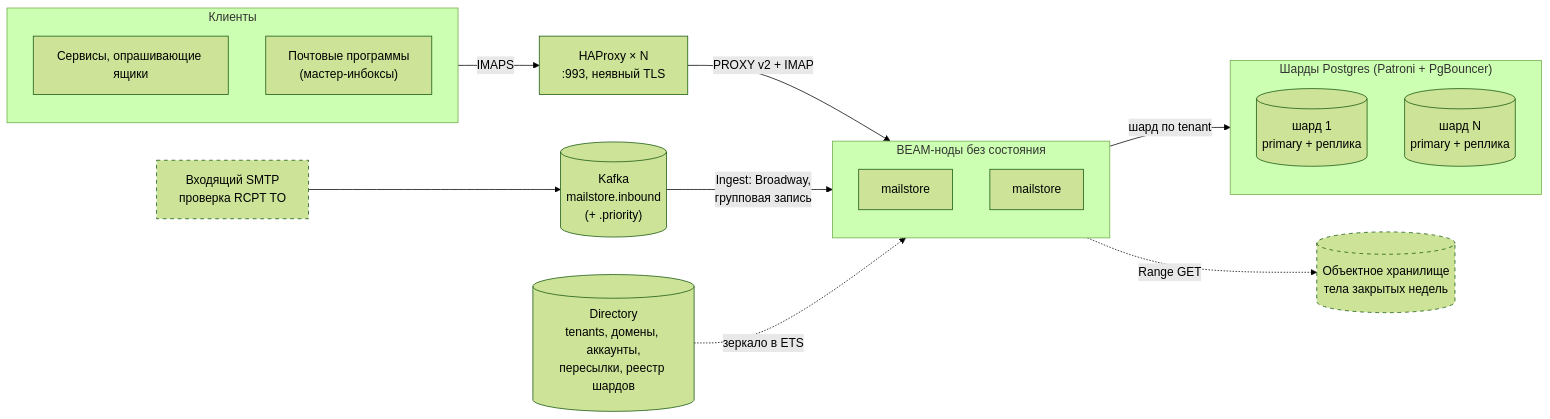
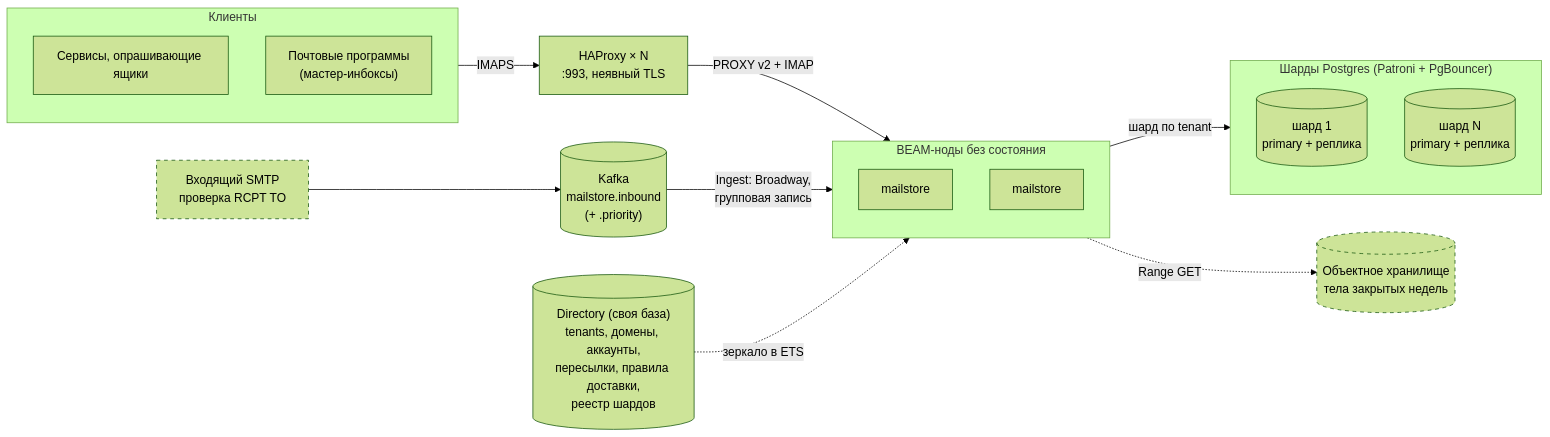
The first of 8 diagrams in docs/architecture.md (ichi404gh/mailstore), drawn with Mermaid (forest theme) before and after one commit. The commit also changed other lines of this file and 2 other files, not shown here.

First line of the commit message:
Bring the architecture diagrams up to date with shards

````diff
--- a/docs/architecture.md
+++ b/docs/architecture.md
@@ -17,36 +18,36 @@
 ```mermaid
 flowchart LR
   subgraph clients["Клиенты"]
     poll["Сервисы, опрашивающие ящики"]
     mua["Почтовые программы<br/>(мастер-инбоксы)"]
   end
 
   smtp["Входящий SMTP<br/>проверка RCPT TO"]:::planned
   queue[("Kafka<br/>mailstore.inbound<br/>(+ .priority)")]
 
   hap["HAProxy × N<br/>:993, неявный TLS"]
 
   subgraph compute["BEAM-ноды без состояния"]
     n1["mailstore"]
     n2["mailstore"]
   end
 
-  dir[("Directory<br/>tenants, домены, аккаунты,<br/>пересылки, реестр шардов")]
+  dir[("Directory (своя база)<br/>tenants, домены, аккаунты,<br/>пересылки, правила доставки,<br/>реестр шардов")]
 
   subgraph storage["Шарды Postgres (Patroni + PgBouncer)"]
     s1[("шард 1<br/>primary + реплика")]
     s2[("шард N<br/>primary + реплика")]
   end
 
   obj[("Объектное хранилище<br/>тела закрытых недель")]:::planned
 
   clients -->|IMAPS| hap
   hap -->|"PROXY v2 + IMAP"| compute
   smtp --> queue
   queue -->|"Ingest: Broadway,<br/>групповая запись"| compute
   dir -.->|"зеркало в ETS"| compute
   compute -->|"шард по tenant"| storage
   compute -.->|"Range GET"| obj
 
   classDef planned stroke-dasharray: 5 5
 ```
````
